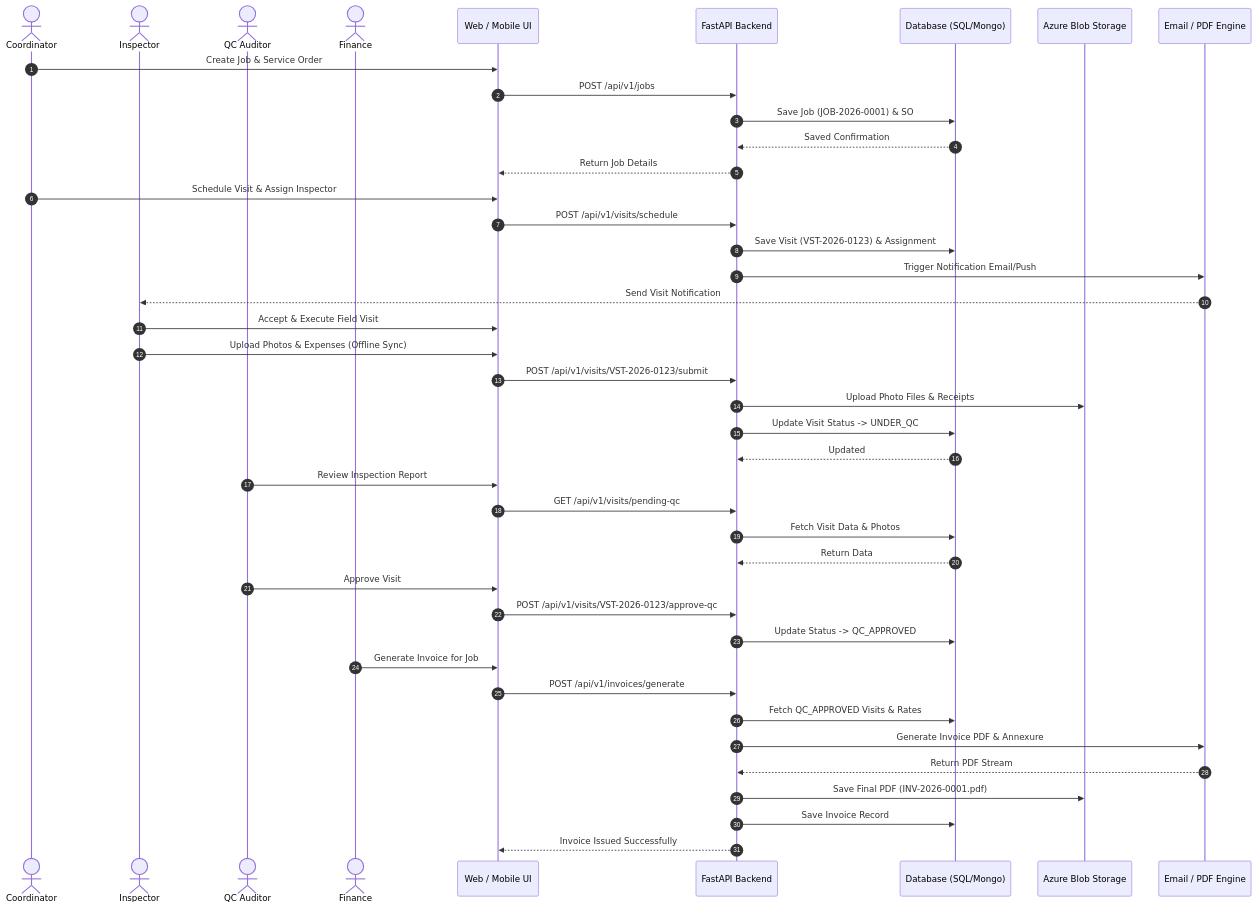
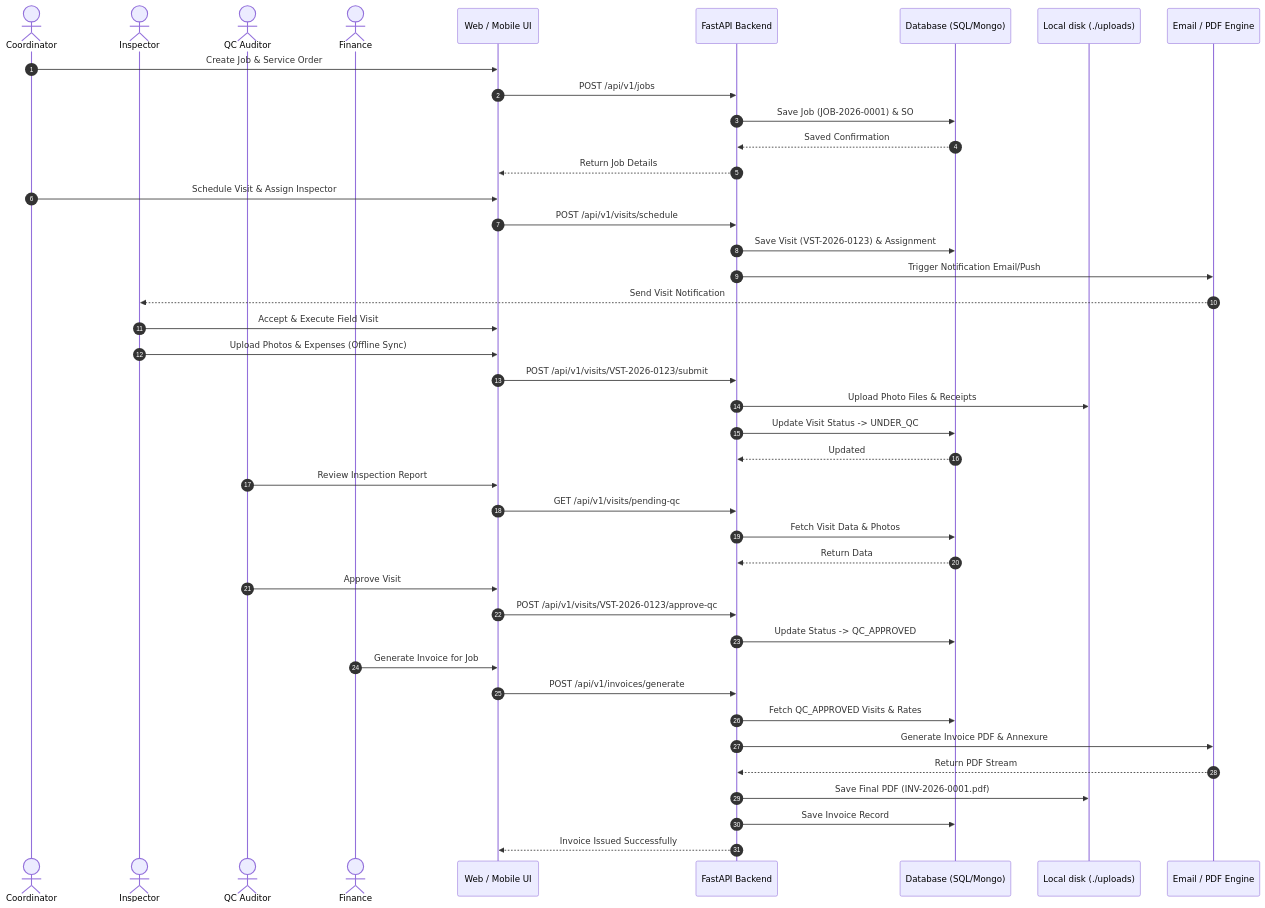
Before and after one commit to kktejas07/iqe: the fifth of 6 diagrams in ARCHITECTURE_AND_E2E_FLOW.md, drawn with Mermaid. The commit also changed other lines of this file, not shown here.

First line of the commit message:
docs: make the architecture diagram describe what was actually built

````diff
--- a/ARCHITECTURE_AND_E2E_FLOW.md
+++ b/ARCHITECTURE_AND_E2E_FLOW.md
@@ -420,49 +434,49 @@
 ```mermaid
 sequenceDiagram
     autonumber
     actor Coordinator
     actor Inspector
     actor QC as QC Auditor
     actor Finance
     participant Web as Web / Mobile UI
     participant API as FastAPI Backend
     participant DB as Database (SQL/Mongo)
-    participant Storage as Azure Blob Storage
+    participant Storage as Local disk (./uploads)
     participant Ext as Email / PDF Engine
 
     Coordinator->>Web: Create Job & Service Order
     Web->>API: POST /api/v1/jobs
     API->>DB: Save Job (JOB-2026-0001) & SO
     DB-->>API: Saved Confirmation
     API-->>Web: Return Job Details
 
     Coordinator->>Web: Schedule Visit & Assign Inspector
     Web->>API: POST /api/v1/visits/schedule
     API->>DB: Save Visit (VST-2026-0123) & Assignment
     API->>Ext: Trigger Notification Email/Push
     Ext-->>Inspector: Send Visit Notification
 
     Inspector->>Web: Accept & Execute Field Visit
     Inspector->>Web: Upload Photos & Expenses (Offline Sync)
     Web->>API: POST /api/v1/visits/VST-2026-0123/submit
     API->>Storage: Upload Photo Files & Receipts
     API->>DB: Update Visit Status -> UNDER_QC
     DB-->>API: Updated
 
     QC->>Web: Review Inspection Report
     Web->>API: GET /api/v1/visits/pending-qc
     API->>DB: Fetch Visit Data & Photos
     DB-->>API: Return Data
     QC->>Web: Approve Visit
     Web->>API: POST /api/v1/visits/VST-2026-0123/approve-qc
     API->>DB: Update Status -> QC_APPROVED
 
     Finance->>Web: Generate Invoice for Job
     Web->>API: POST /api/v1/invoices/generate
     API->>DB: Fetch QC_APPROVED Visits & Rates
     API->>Ext: Generate Invoice PDF & Annexure
     Ext-->>API: Return PDF Stream
     API->>Storage: Save Final PDF (INV-2026-0001.pdf)
     API->>DB: Save Invoice Record
     API-->>Web: Invoice Issued Successfully
 ```
````
